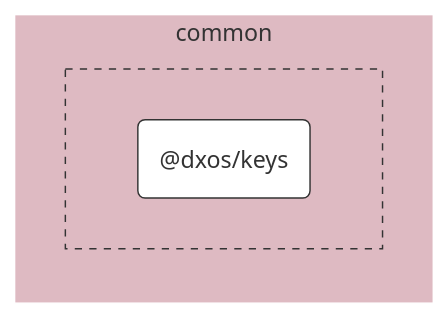
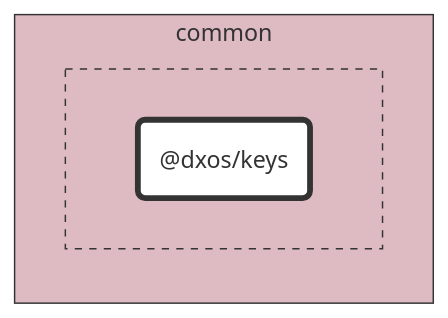
The diagram in packages/common/keys/docs/README.md (dxos/dxos), drawn with Mermaid before and after one commit. The commit also changed 89 other files, not shown here.

````diff
--- a/packages/common/keys/docs/README.md
+++ b/packages/common/keys/docs/README.md
@@ -7,24 +7,24 @@
 ```mermaid
 %%{ init: {'flowchart':{'curve':'basis'}} }%%
 
 flowchart LR
 
 %% Classes
 classDef def fill:#fff,stroke:#333,stroke-width:1px
 classDef root fill:#fff,stroke:#333,stroke-width:4px
 
 %% Nodes
 
 subgraph common [common]
-  style common fill:#debac2,stroke:#fff
+  style common fill:#debac2,stroke:#333
 
-  subgraph common-excluded [ ]
-    style common-excluded fill:#debac2,stroke:#333,stroke-dasharray:5 5
-    dxos/keys("@dxos/keys"):::def
+  subgraph _ [ ]
+    style _ fill:#debac2,stroke:#333,stroke-dasharray:5 5
+    dxos/keys("@dxos/keys"):::root
     click dxos/keys "dxos/dxos/tree/main/packages/common/keys/docs"
   end
 end
 
 %% Links
 linkStyle default stroke:#333,stroke-width:1px
 ```
````
